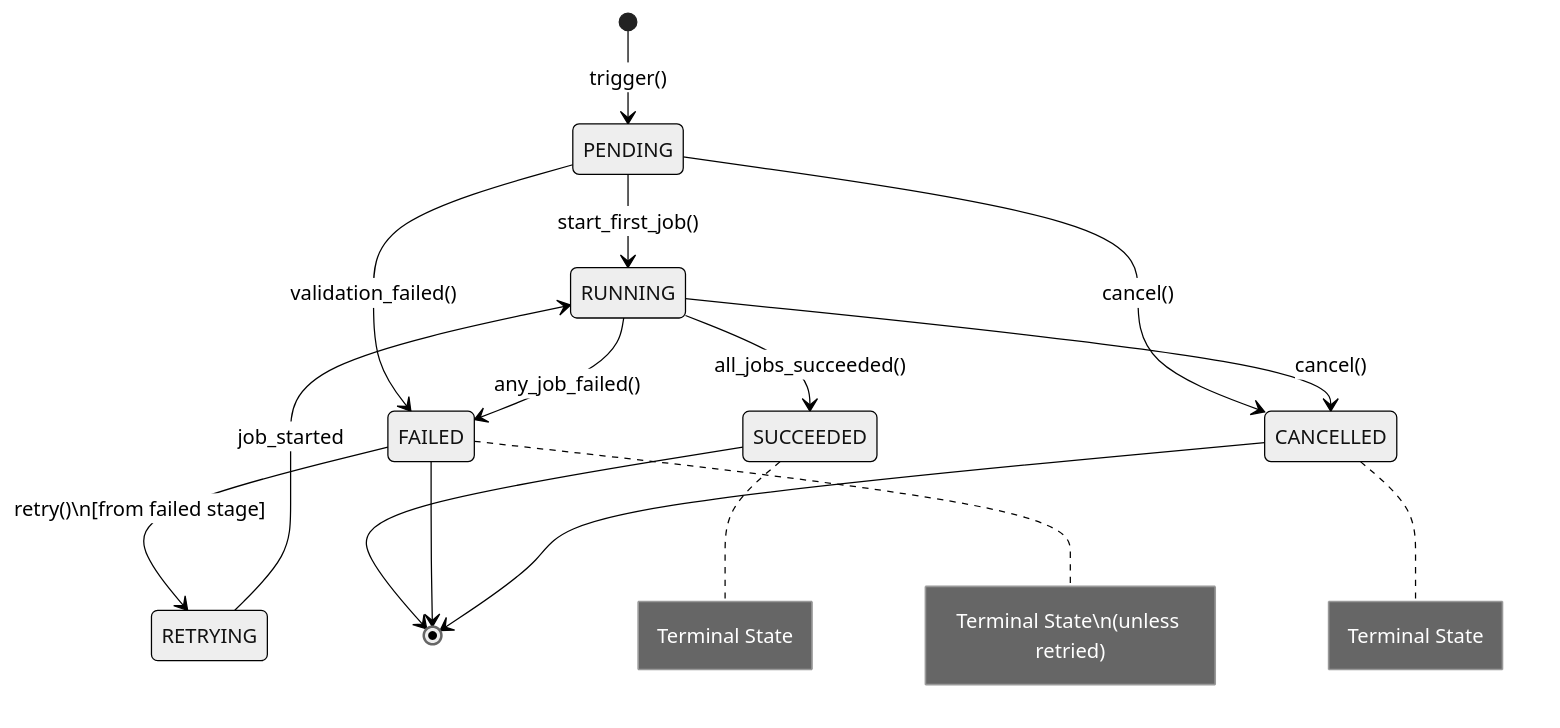
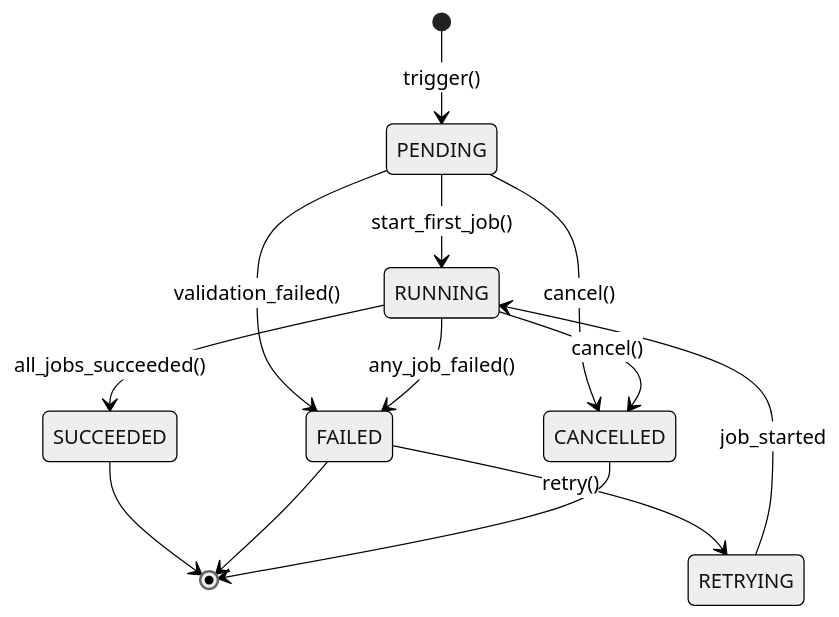
One commit to Abhishekkumar2021/Pravah changed the third of 9 diagrams in docs/lld/03-state-machines.md. Above: the diagram before and after it, drawn with Mermaid (neutral theme). The commit also changed other lines of this file and 4 other files, not shown here.

First line of the commit message:
docs: rewrite README with Mermaid diagrams and fix LLD documentation

````diff
--- a/docs/lld/03-state-machines.md
+++ b/docs/lld/03-state-machines.md
@@ -87,24 +89,20 @@
 ```mermaid
 stateDiagram-v2
     [*] --> PENDING : trigger()
     
     PENDING --> RUNNING : start_first_job()
     PENDING --> FAILED : validation_failed()
     PENDING --> CANCELLED : cancel()
     
     RUNNING --> SUCCEEDED : all_jobs_succeeded()
     RUNNING --> FAILED : any_job_failed()
     RUNNING --> CANCELLED : cancel()
     
-    FAILED --> RETRYING : retry()\n[from failed stage]
+    FAILED --> RETRYING : retry()
     
     RETRYING --> RUNNING : job_started
     
     SUCCEEDED --> [*]
     FAILED --> [*]
     CANCELLED --> [*]
-    
-    note right of SUCCEEDED : Terminal State
-    note right of FAILED : Terminal State\n(unless retried)
-    note right of CANCELLED : Terminal State
 ```
````
